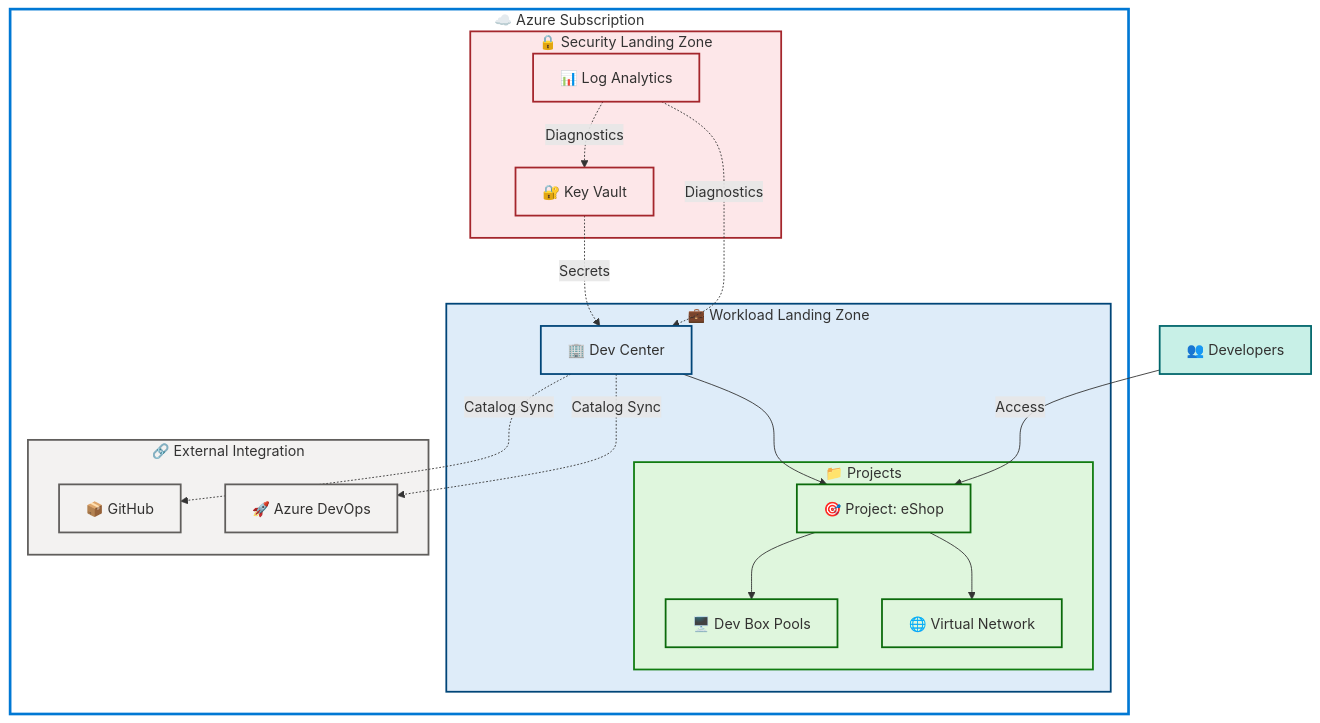
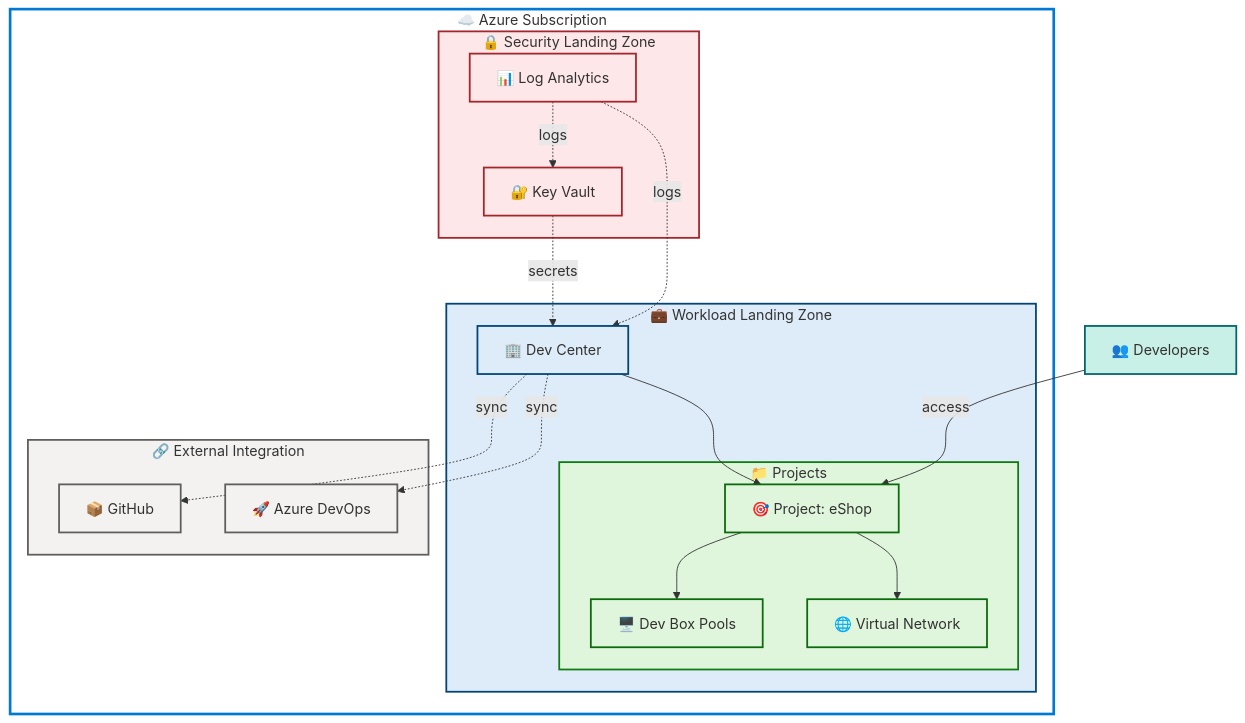
The diagram in README.md (Evilazaro/DevExp-DevBox), drawn with Mermaid before and after one commit.

Commit message:
fix: update architecture diagram labels for consistency and clarity

````diff
--- a/README.md
+++ b/README.md
@@ -43,69 +43,69 @@
 ```mermaid
 graph TB
     accTitle: Dev Box Architecture
     accDescr: Azure Dev Box infrastructure showing Security Landing Zone with Key Vault and Log Analytics, Workload Landing Zone with DevCenter and Projects, and External Integration with GitHub and Azure DevOps. WCAG AA compliant with 4.5:1 contrast ratios.
 
     %% ═══════════════════════════════════════════════════════════════════════════
     %% AZURE / FLUENT ARCHITECTURE PATTERN v1.1
     %% (Semantic + Structural + Font + Accessibility Governance)
     %% ═══════════════════════════════════════════════════════════════════════════
     %% PHASE 1 - STRUCTURAL: TB direction explicit, flat topology, nesting = 3 levels
     %% PHASE 2 - SEMANTIC: 5 semantic colors justified by function:
     %%   Security=azureOrange, Workload=azureBlue, Data=azureGreen,
     %%   External=neutralGrey, Actors=azureTeal (within 5 class limit)
     %% PHASE 3 - FONT: Dark text #323130 on all light 100-level backgrounds (WCAG AA 4.5:1)
     %%   Special: Security #FDE7E9, Workload #DEECF9, Data #DFF6DD, External #F3F2F1, Actors #C8F0E7
     %% PHASE 4 - ACCESSIBILITY: accTitle/accDescr present, all nodes have emoji icons
     %% PHASE 5 - STANDARD: Governance block present, style directives for all 5 subgraphs,
     %%   classDef declarations centralized, node count = 10 (within 50 limit)
     %% ═══════════════════════════════════════════════════════════════════════════
 
     subgraph AZSUB["☁️ Azure Subscription"]
         subgraph SECLZ["🔒 Security Landing Zone"]
             KV["🔐 Key Vault"]:::azureOrange
             LA["📊 Log Analytics"]:::azureOrange
         end
 
         subgraph WKLZ["💼 Workload Landing Zone"]
             DC["🏢 Dev Center"]:::azureBlue
 
             subgraph PROJ["📁 Projects"]
                 P1["🎯 Project: eShop"]:::azureGreen
                 POOL1["🖥️ Dev Box Pools"]:::azureGreen
                 NET1["🌐 Virtual Network"]:::azureGreen
                 P1 --> POOL1
                 P1 --> NET1
             end
 
             DC --> P1
         end
 
-        KV -.->|Secrets| DC
-        LA -.->|Diagnostics| DC
-        LA -.->|Diagnostics| KV
+        KV -.->|secrets| DC
+        LA -.->|logs| DC
+        LA -.->|logs| KV
 
         subgraph EXTINT["🔗 External Integration"]
             GH["📦 GitHub"]:::neutralGrey
             ADO["🚀 Azure DevOps"]:::neutralGrey
         end
 
-        DC -.->|Catalog Sync| GH
-        DC -.->|Catalog Sync| ADO
+        DC -.->|sync| GH
+        DC -.->|sync| ADO
     end
 
-    DEV["👥 Developers"]:::azureTeal -->|Access| P1
+    DEV["👥 Developers"]:::azureTeal -->|access| P1
 
     %% Centralized classDefs (5 semantic classes)
     classDef azureBlue fill:#DEECF9,stroke:#004578,stroke-width:2px,color:#323130
     classDef azureGreen fill:#DFF6DD,stroke:#0B6A0B,stroke-width:2px,color:#323130
     classDef azureOrange fill:#FDE7E9,stroke:#A4262C,stroke-width:2px,color:#323130
     classDef azureTeal fill:#C8F0E7,stroke:#00666B,stroke-width:2px,color:#323130
     classDef neutralGrey fill:#F3F2F1,stroke:#605E5C,stroke-width:2px,color:#323130
 
     %% Subgraph styling (5 subgraphs = 5 style directives)
     style AZSUB fill:#FFFFFF,stroke:#0078D4,stroke-width:3px
     style SECLZ fill:#FDE7E9,stroke:#A4262C,stroke-width:2px
     style WKLZ fill:#DEECF9,stroke:#004578,stroke-width:2px
     style PROJ fill:#DFF6DD,stroke:#107C10,stroke-width:2px
     style EXTINT fill:#F3F2F1,stroke:#605E5C,stroke-width:2px
 ```
````
